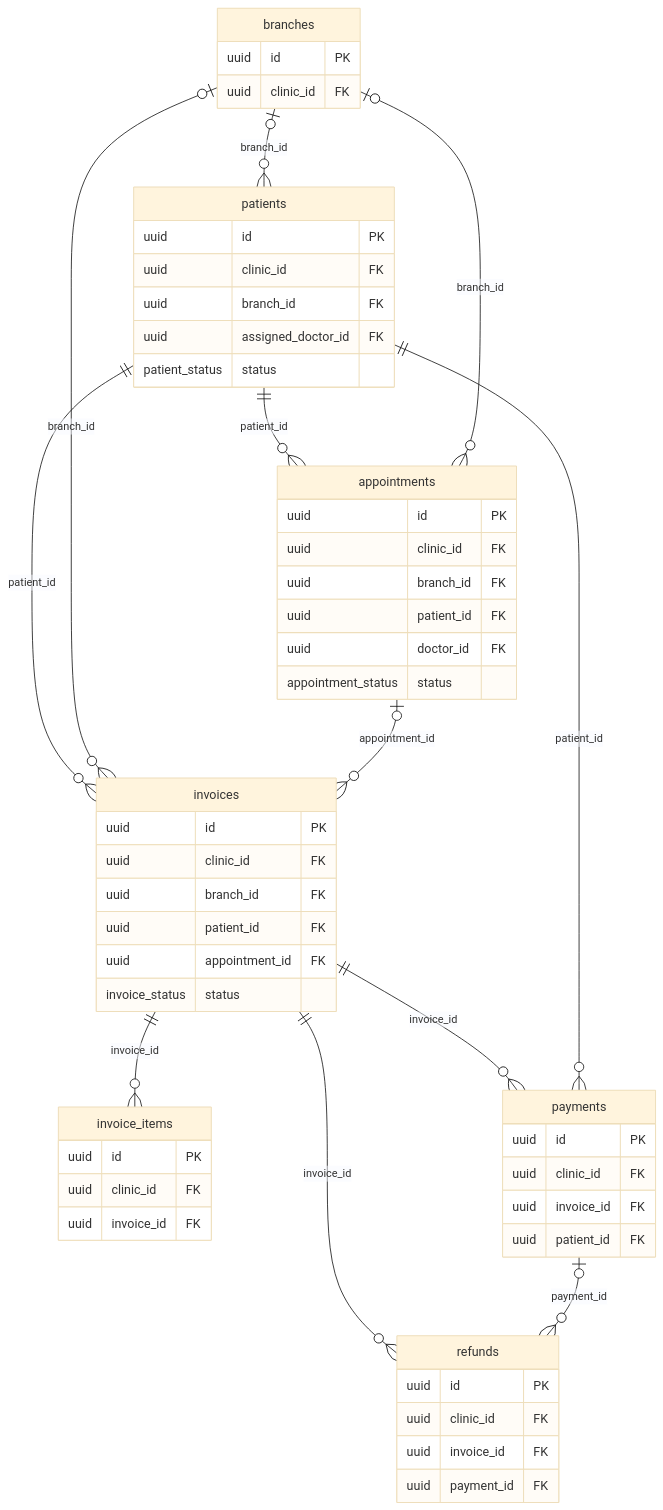
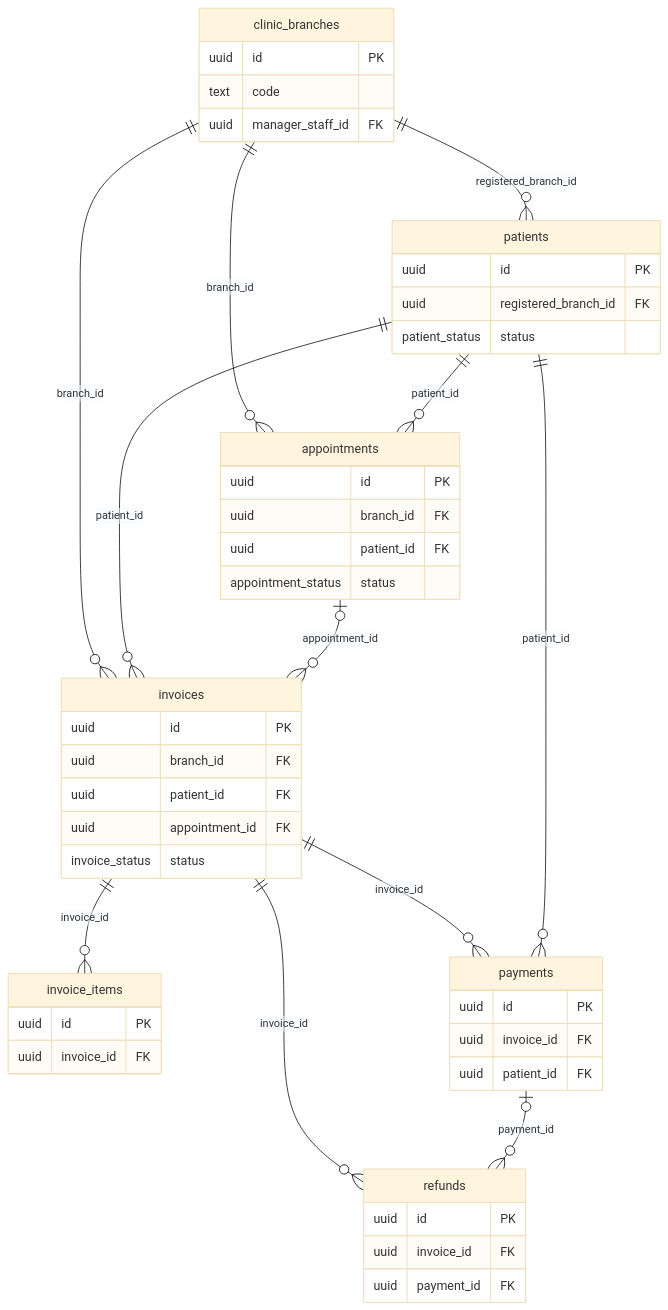
Before and after one commit to Vxoratech/drujjwalkarangale: the fourth of 5 diagrams in docs/ERD.md, drawn with Mermaid (base theme). The commit also changed other lines of this file and 153 other files, not shown here.

First line of the commit message:
Rebuild Vaidyora as a single-doctor, multi-branch clinic

````diff
--- a/docs/ERD.md
+++ b/docs/ERD.md
@@ -231,58 +225,51 @@
 ```mermaid
 erDiagram
   patients {
     uuid id PK
-    uuid clinic_id FK
-    uuid branch_id FK
-    uuid assigned_doctor_id FK
+    uuid registered_branch_id FK
     patient_status status
   }
   appointments {
     uuid id PK
-    uuid clinic_id FK
     uuid branch_id FK
     uuid patient_id FK
-    uuid doctor_id FK
     appointment_status status
   }
   invoices {
     uuid id PK
-    uuid clinic_id FK
     uuid branch_id FK
     uuid patient_id FK
     uuid appointment_id FK
     invoice_status status
   }
   invoice_items {
     uuid id PK
-    uuid clinic_id FK
     uuid invoice_id FK
   }
   payments {
     uuid id PK
-    uuid clinic_id FK
     uuid invoice_id FK
     uuid patient_id FK
   }
   refunds {
     uuid id PK
-    uuid clinic_id FK
     uuid invoice_id FK
     uuid payment_id FK
   }
-  branches {
+  clinic_branches {
     uuid id PK
-    uuid clinic_id FK
+    text code
+    uuid manager_staff_id FK
   }
-  branches |o--o{ patients : "branch_id"
+  clinic_branches ||--o{ patients : "registered_branch_id"
+  clinic_branches ||--o{ appointments : "branch_id"
   patients ||--o{ appointments : "patient_id"
-  branches |o--o{ appointments : "branch_id"
+  clinic_branches ||--o{ invoices : "branch_id"
   patients ||--o{ invoices : "patient_id"
-  branches |o--o{ invoices : "branch_id"
   appointments |o--o{ invoices : "appointment_id"
   invoices ||--o{ invoice_items : "invoice_id"
   invoices ||--o{ payments : "invoice_id"
   patients ||--o{ payments : "patient_id"
   invoices ||--o{ refunds : "invoice_id"
   payments |o--o{ refunds : "payment_id"
 ```
````
